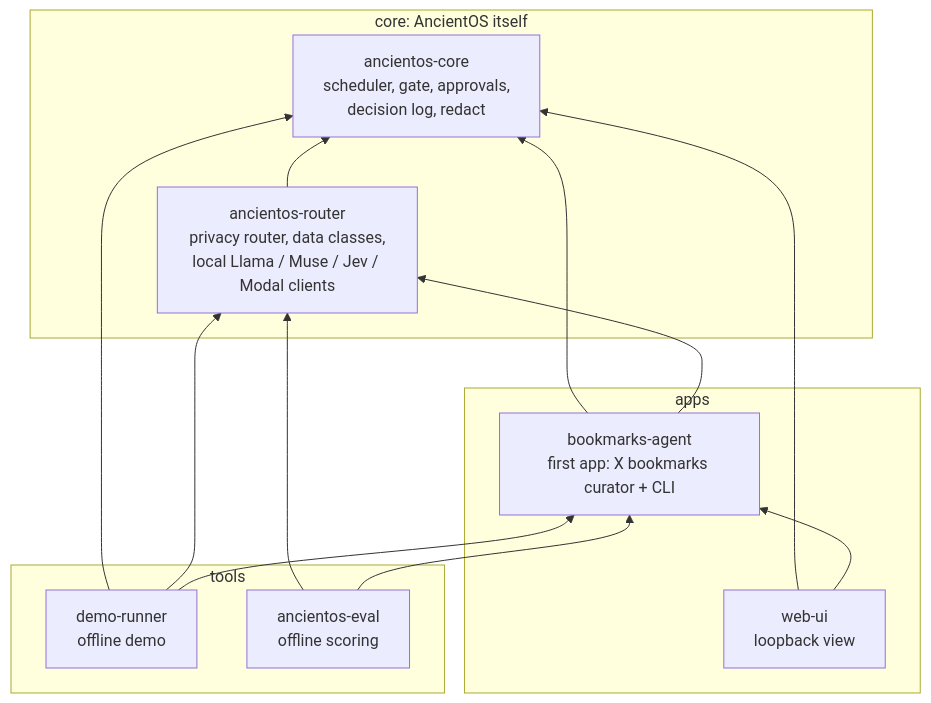
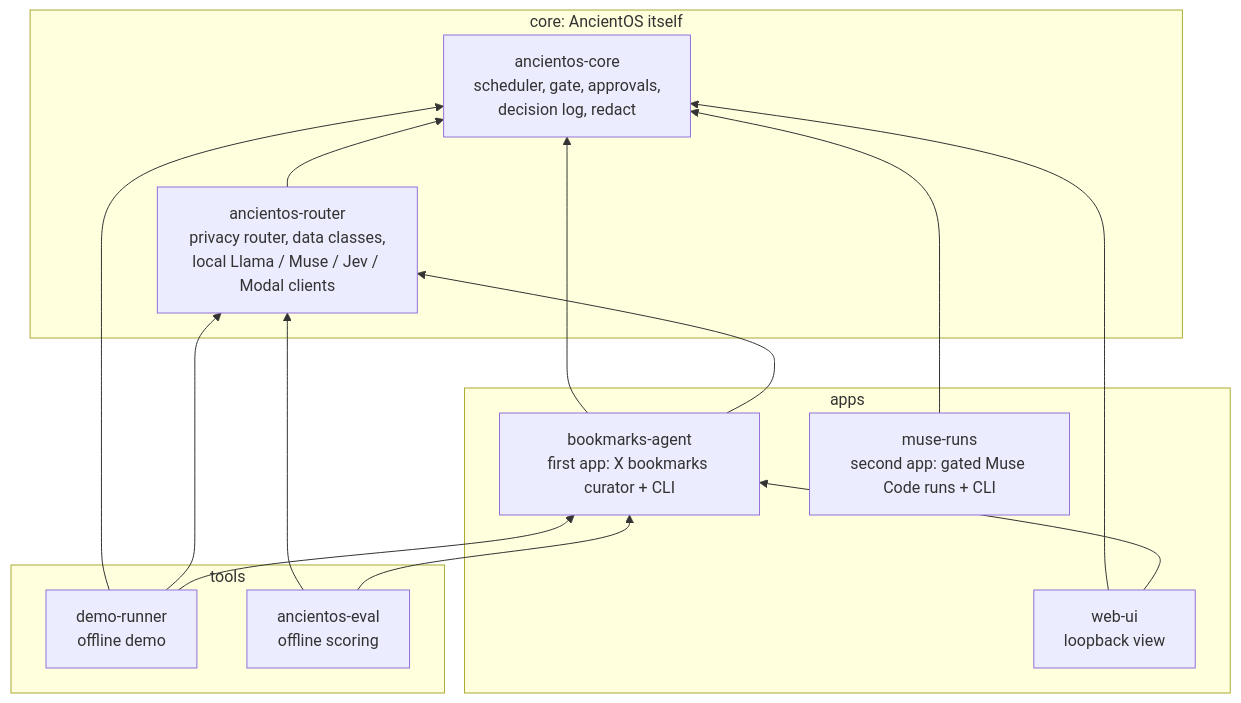
Before and after one commit to nathandavidgreene/ancientos-hackathon: the first of 3 diagrams in docs/core-and-apps.md, drawn with Mermaid. The commit also changed other lines of this file and 13 other files, not shown here.

````diff
--- a/docs/core-and-apps.md
+++ b/docs/core-and-apps.md
@@ -11,25 +11,27 @@
 ```mermaid
 flowchart BT
   subgraph CORE[core: AncientOS itself]
     core[ancientos-core<br/>scheduler, gate, approvals,<br/>decision log, redact]
     router[ancientos-router<br/>privacy router, data classes,<br/>local Llama / Muse / Jev / Modal clients]
   end
   subgraph APPS[apps]
     agent[bookmarks-agent<br/>first app: X bookmarks curator + CLI]
     web[web-ui<br/>loopback view]
+    muse[muse-runs<br/>second app: gated Muse Code runs + CLI]
   end
   subgraph TOOLS[tools]
     demo[demo-runner<br/>offline demo]
     eval[ancientos-eval<br/>offline scoring]
   end
   router --> core
   agent --> core
   agent --> router
   web --> core
   web --> agent
+  muse --> core
   demo --> core
   demo --> router
   demo --> agent
   eval --> router
   eval --> agent
 ```
````
